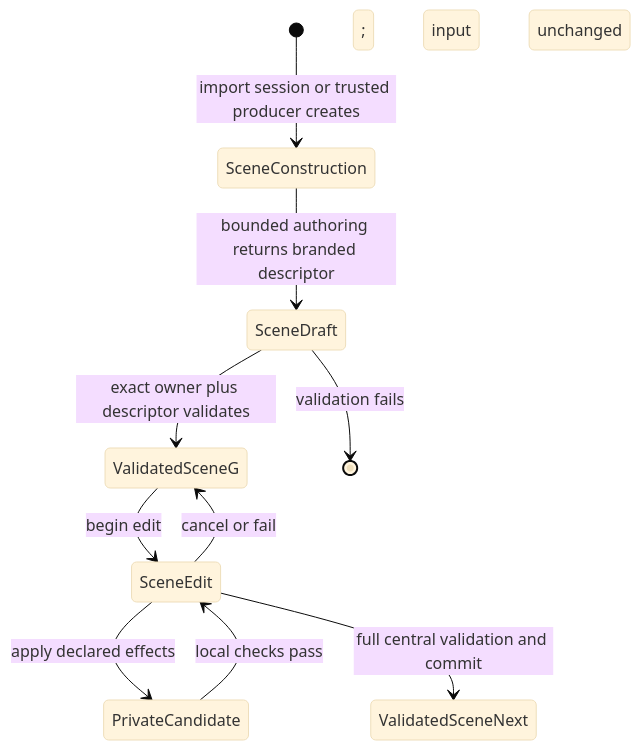
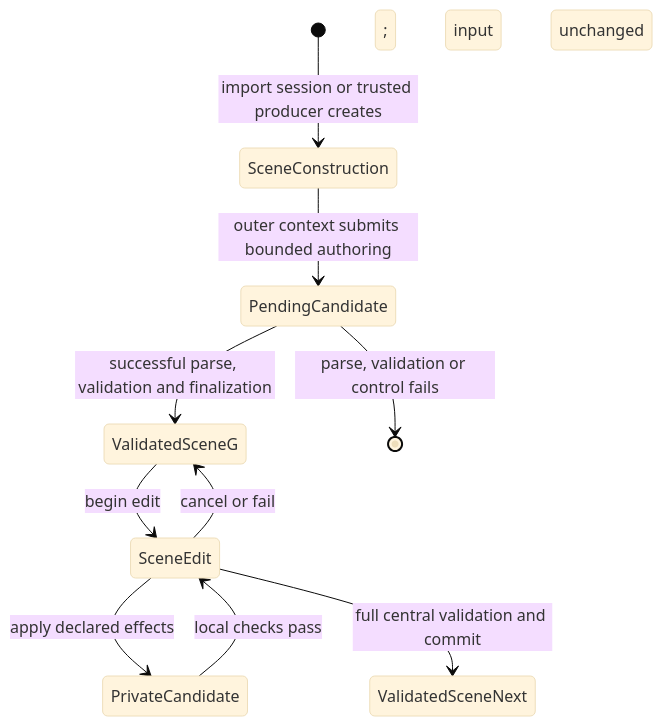
One commit to Latias94/baozi changed the diagram in docs/model/scene-ir.md. Above: the diagram before and after it, drawn with Mermaid (base theme). The commit also changed other lines of this file and 202 other files, not shown here.

````diff
--- a/docs/model/scene-ir.md
+++ b/docs/model/scene-ir.md
@@ -26,12 +26,12 @@
 ```mermaid
 stateDiagram-v2
     [*] --> SceneConstruction: import session or trusted producer creates
-    SceneConstruction --> SceneDraft: bounded authoring returns branded descriptor
-    SceneDraft --> ValidatedSceneG: exact owner plus descriptor validates
-    SceneDraft --> [*]: validation fails
+    SceneConstruction --> PendingCandidate: outer context submits bounded authoring
+    PendingCandidate --> ValidatedSceneG: successful parse, validation and finalization
+    PendingCandidate --> [*]: parse, validation or control fails
     ValidatedSceneG --> SceneEdit: begin edit
     SceneEdit --> PrivateCandidate: apply declared effects
     PrivateCandidate --> SceneEdit: local checks pass
     SceneEdit --> ValidatedSceneNext: full central validation and commit
     SceneEdit --> ValidatedSceneG: cancel or fail; input unchanged
 ```
````
